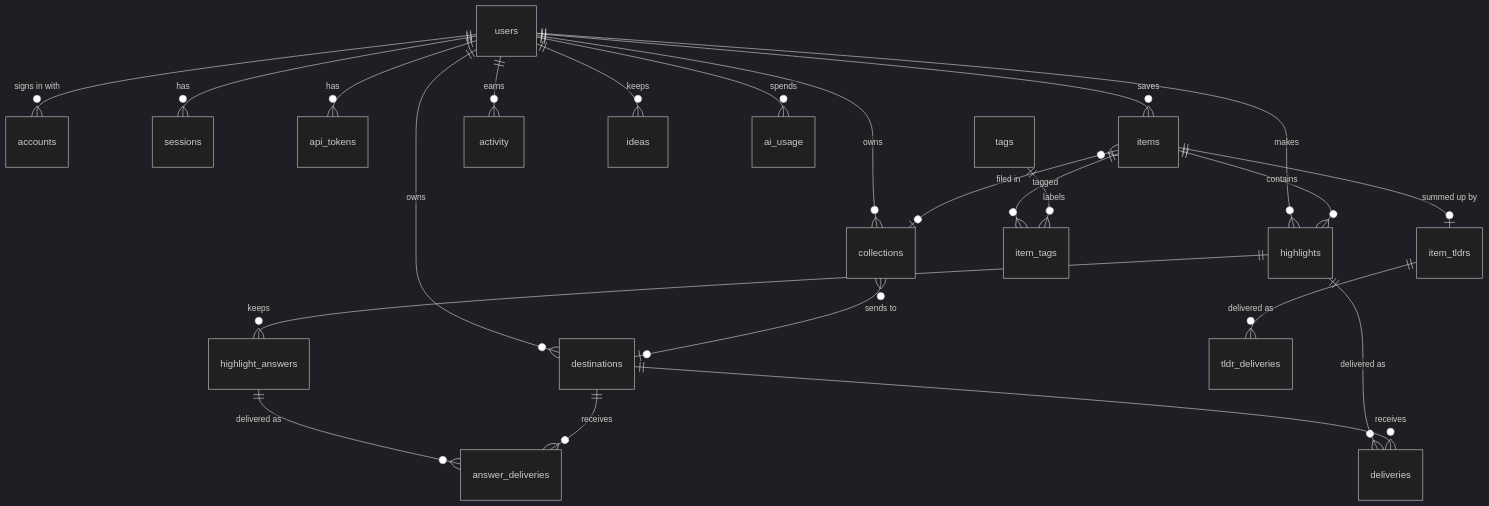
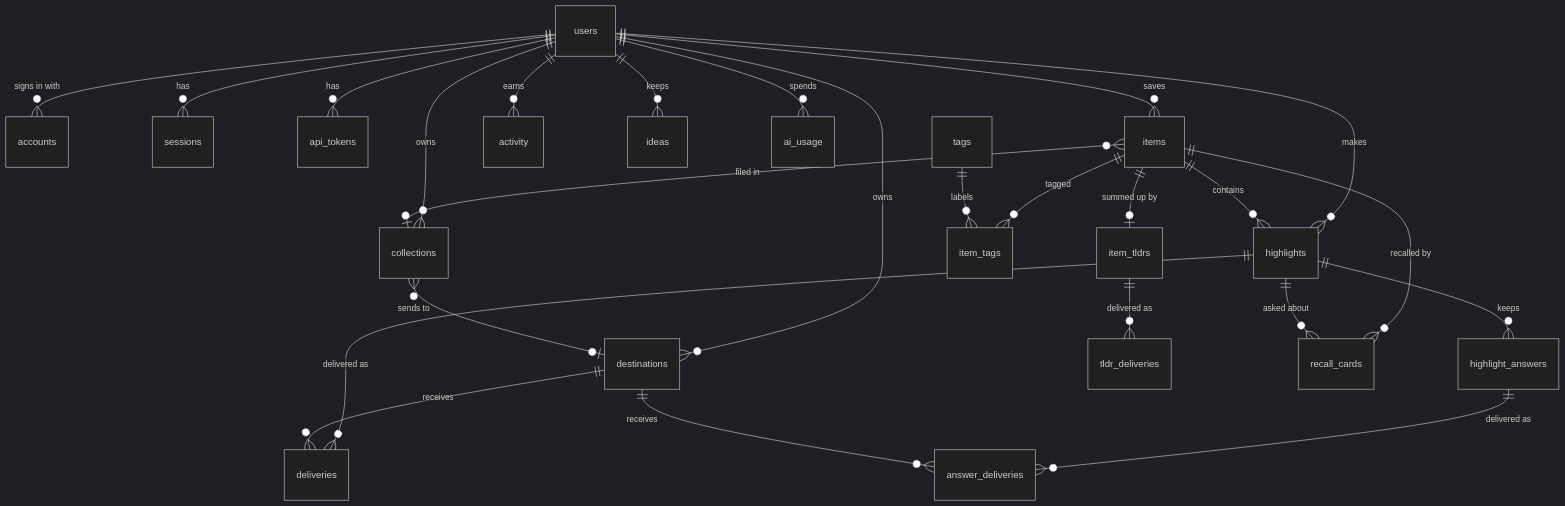
Before and after one commit to brgv-code/lumen: the diagram in docs/DATA_MODEL.md, drawn with Mermaid (dark theme). The commit also changed other lines of this file and 1 other file, not shown here.

Commit message:
docs: recall endpoints and table

````diff
--- a/docs/DATA_MODEL.md
+++ b/docs/DATA_MODEL.md
@@ -3,25 +3,27 @@
 ```mermaid
 erDiagram
   users ||--o{ accounts : "signs in with"
   users ||--o{ sessions : has
   users ||--o{ api_tokens : has
   users ||--o{ items : saves
   users ||--o{ collections : owns
   users ||--o{ destinations : owns
   users ||--o{ highlights : makes
   users ||--o{ activity : earns
   users ||--o{ ideas : keeps
   users ||--o{ ai_usage : spends
   collections }o--o| destinations : "sends to"
   items }o--o| collections : "filed in"
   items ||--o{ highlights : contains
   items ||--o{ item_tags : tagged
   tags ||--o{ item_tags : labels
   highlights ||--o{ deliveries : "delivered as"
   highlights ||--o{ highlight_answers : keeps
   highlight_answers ||--o{ answer_deliveries : "delivered as"
   destinations ||--o{ answer_deliveries : receives
   items ||--o| item_tldrs : "summed up by"
   item_tldrs ||--o{ tldr_deliveries : "delivered as"
+  items ||--o{ recall_cards : "recalled by"
+  highlights ||--o{ recall_cards : "asked about"
   destinations ||--o{ deliveries : receives
 ```
````
